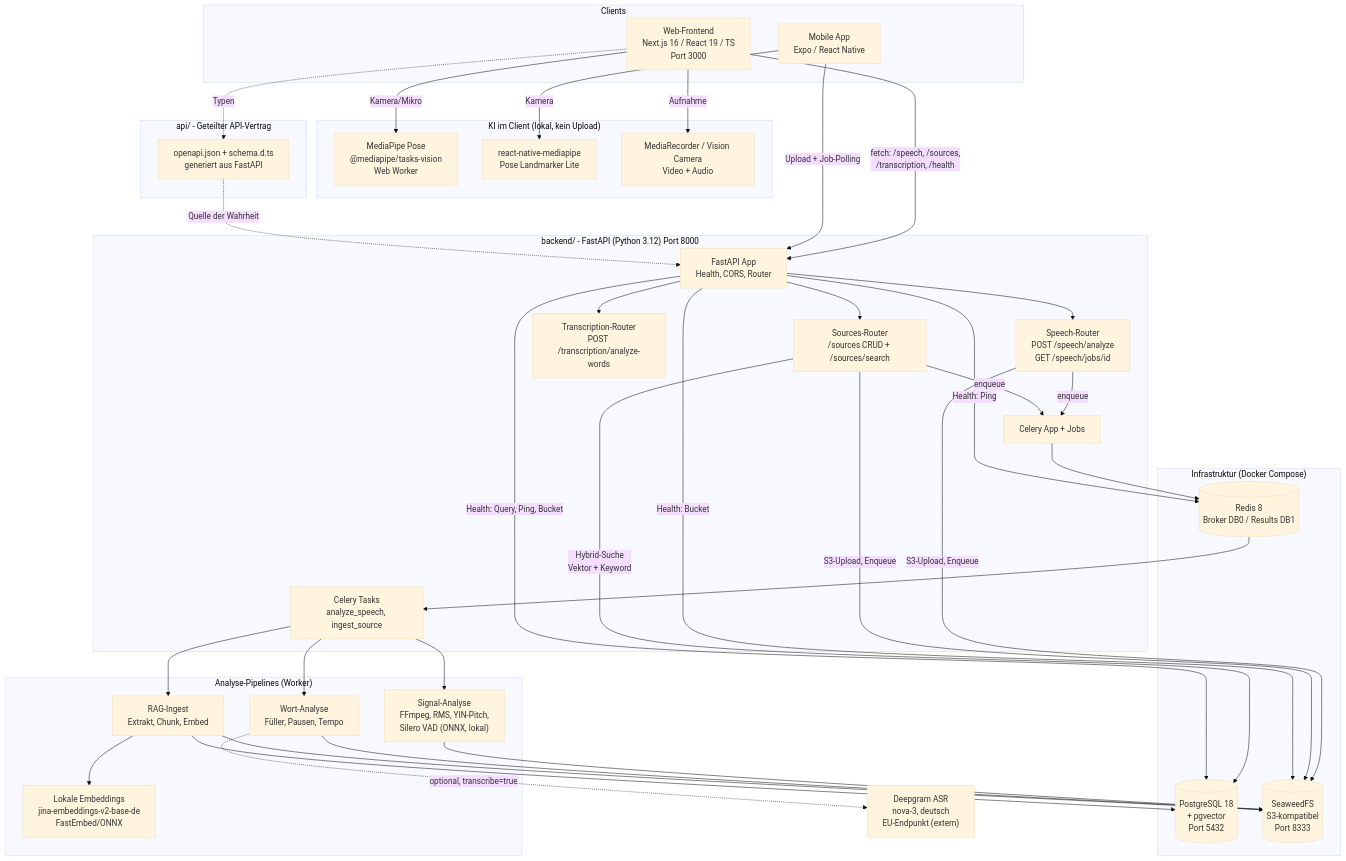
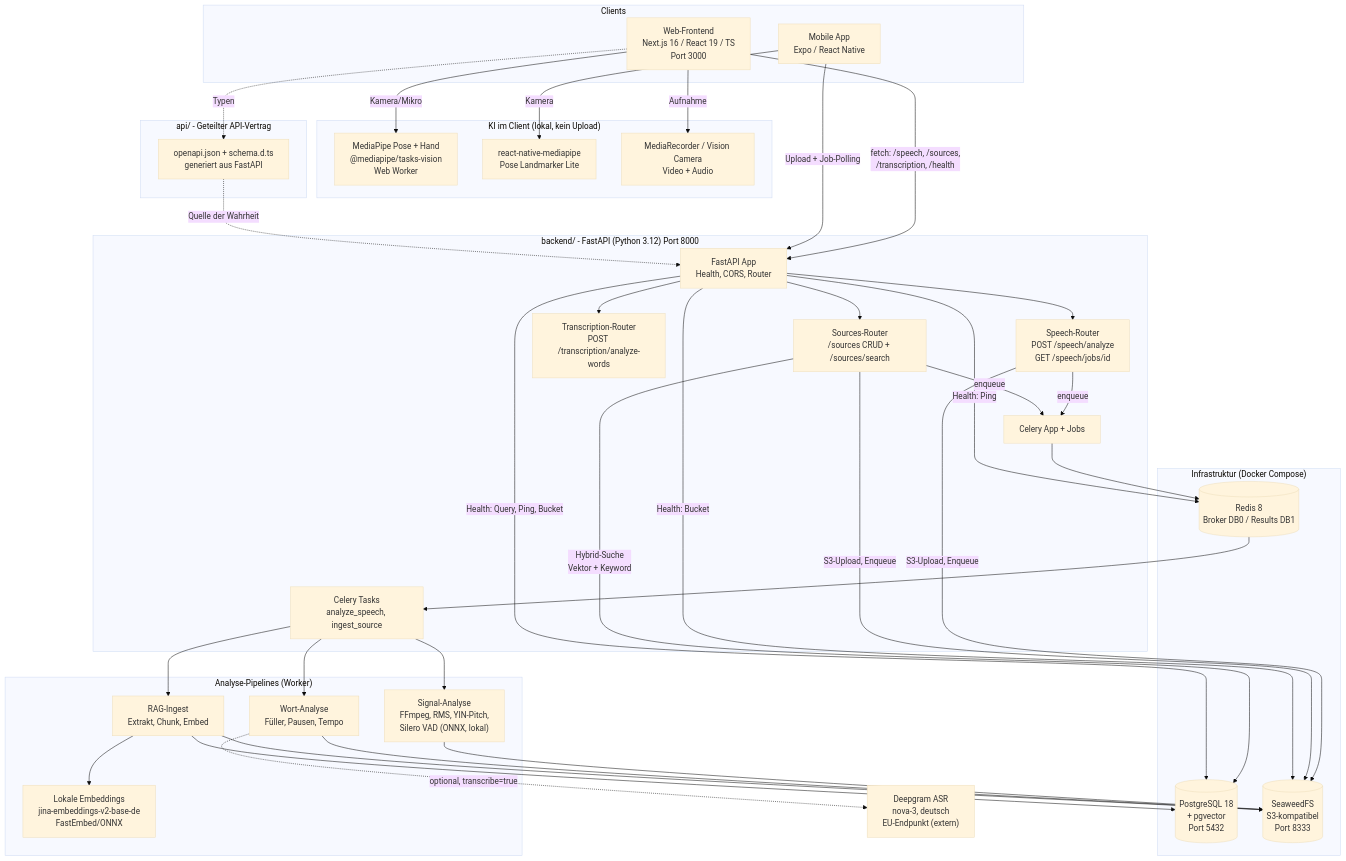
The first of 9 diagrams in docs/03-architecture.md (johannes3502/hackathon-fulda), drawn with Mermaid (base theme) before and after one commit. The commit also changed other lines of this file and 13 other files, not shown here.

Commit message:
Add hand landmarker pocket check and single pose status view

````diff
--- a/docs/03-architecture.md
+++ b/docs/03-architecture.md
@@ -8,75 +8,75 @@
 ```mermaid
 flowchart TB
     subgraph Clients["Clients"]
         WEB["Web-Frontend<br/>Next.js 16 / React 19 / TS<br/>Port 3000"]
         MOB["Mobile App<br/>Expo / React Native"]
     end
 
     subgraph ClientAI["KI im Client (lokal, kein Upload)"]
-        MP_W["MediaPipe Pose<br/>@mediapipe/tasks-vision<br/>Web Worker"]
+        MP_W["MediaPipe Pose + Hand<br/>@mediapipe/tasks-vision<br/>Web Worker"]
         MP_M["react-native-mediapipe<br/>Pose Landmarker Lite"]
         MR["MediaRecorder / Vision Camera<br/>Video + Audio"]
     end
 
     subgraph API["api/ - Geteilter API-Vertrag"]
         OAS["openapi.json + schema.d.ts<br/>generiert aus FastAPI"]
     end
 
     subgraph Backend["backend/ - FastAPI (Python 3.12) Port 8000"]
         MAIN["FastAPI App<br/>Health, CORS, Router"]
         SP["Speech-Router<br/>POST /speech/analyze<br/>GET /speech/jobs/id"]
         TR["Transcription-Router<br/>POST /transcription/analyze-words"]
         SO["Sources-Router<br/>/sources CRUD + /sources/search"]
         CEL["Celery App + Jobs"]
         TASKS["Celery Tasks<br/>analyze_speech, ingest_source"]
     end
 
     subgraph Pipelines["Analyse-Pipelines (Worker)"]
         SIG["Signal-Analyse<br/>FFmpeg, RMS, YIN-Pitch,<br/>Silero VAD (ONNX, lokal)"]
         WORDS["Wort-Analyse<br/>Füller, Pausen, Tempo"]
         INGEST["RAG-Ingest<br/>Extrakt, Chunk, Embed"]
         EMB["Lokale Embeddings<br/>jina-embeddings-v2-base-de<br/>FastEmbed/ONNX"]
     end
 
     subgraph Infra["Infrastruktur (Docker Compose)"]
         PG[("PostgreSQL 18<br/>+ pgvector<br/>Port 5432")]
         RD[("Redis 8<br/>Broker DB0 / Results DB1")]
         S3[("SeaweedFS<br/>S3-kompatibel<br/>Port 8333")]
     end
 
     EXT["Deepgram ASR<br/>nova-3, deutsch<br/>EU-Endpunkt (extern)"]
 
     WEB -- "Kamera/Mikro" --> MP_W
     WEB -- "Aufnahme" --> MR
     MOB -- "Kamera" --> MP_M
 
     WEB -- "fetch: /speech, /sources,<br/>/transcription, /health" --> MAIN
     MOB -- "Upload + Job-Polling" --> MAIN
     WEB -. "Typen" .-> OAS
     OAS -. "Quelle der Wahrheit" .-> MAIN
 
     MAIN --> SP
     MAIN --> TR
     MAIN --> SO
 
     SP -- "S3-Upload, Enqueue" --> S3
     SP -- "enqueue" --> CEL
     SO -- "S3-Upload, Enqueue" --> S3
     SO -- "enqueue" --> CEL
 
     CEL --> RD
     RD --> TASKS
     TASKS --> SIG
     TASKS --> WORDS
     TASKS --> INGEST
     INGEST --> EMB
     WORDS -. "optional, transcribe=true" .-> EXT
     SIG --> S3
     WORDS --> S3
     INGEST --> PG
     INGEST --> S3
     SO -- "Hybrid-Suche<br/>Vektor + Keyword" --> PG
     MAIN -- "Health: Query, Ping, Bucket" --> PG
     MAIN -- "Health: Ping" --> RD
     MAIN -- "Health: Bucket" --> S3
 ```
````
